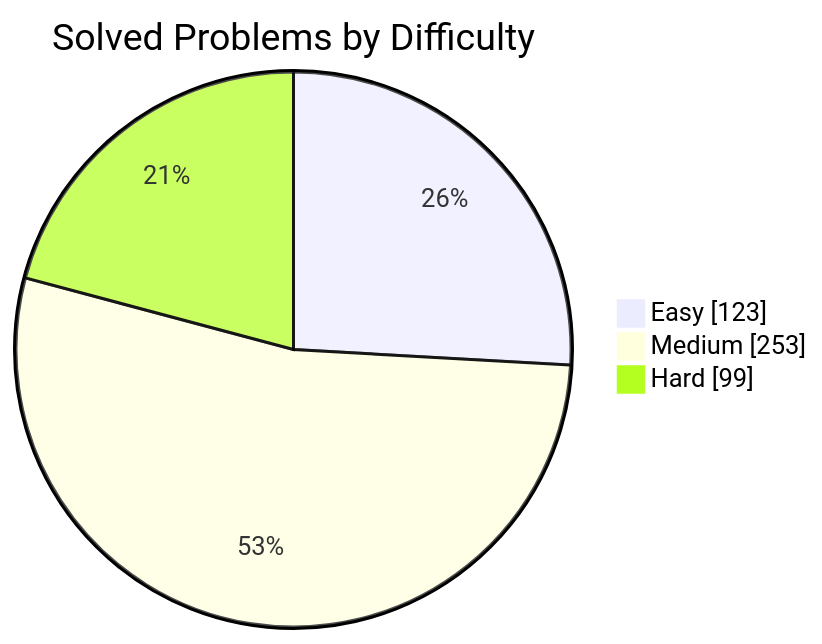
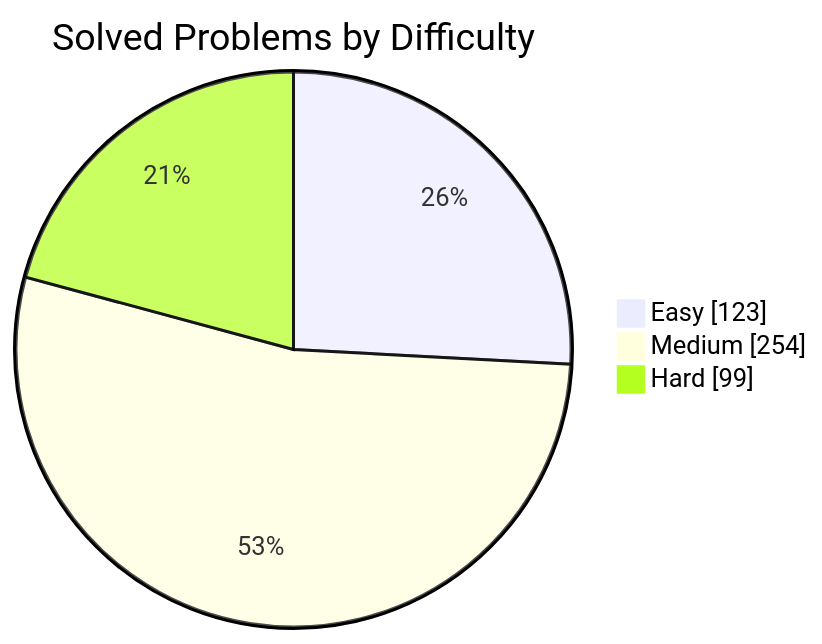
The first of 2 diagrams in README.md (manikantbindass/DSA-Preparation-FAANG), drawn with Mermaid before and after one commit. The commit also changed other lines of this file and 1 other file, not shown here.

````diff
--- a/README.md
+++ b/README.md
@@ -77,7 +77,7 @@
 ```mermaid
 pie showData
     title Solved Problems by Difficulty
     "Easy" : 123
-    "Medium" : 253
+    "Medium" : 254
     "Hard" : 99
 ```
````
